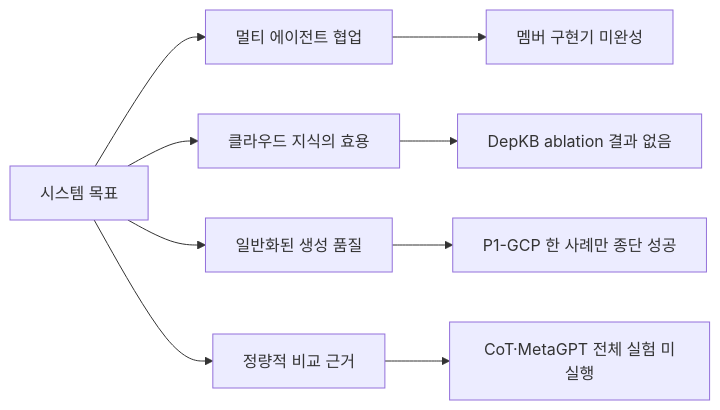
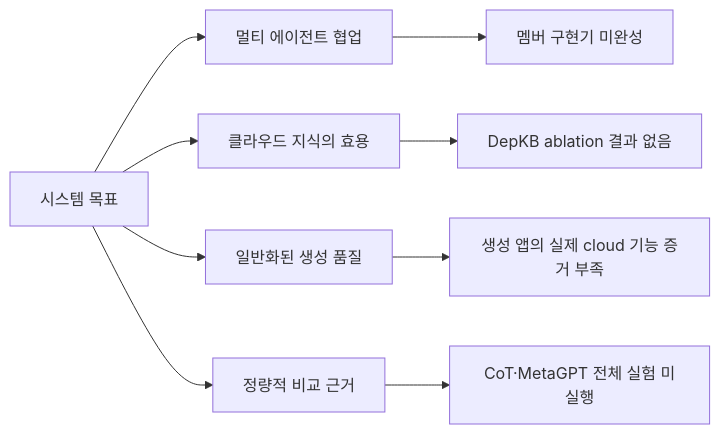
One commit to PNU-capstone-2026-17/easydep changed the third of 3 diagrams in docs/current-system-status.md. Above: the diagram before and after it, drawn with Mermaid. The commit also changed other lines of this file and 483 other files, not shown here.

````diff
--- a/docs/current-system-status.md
+++ b/docs/current-system-status.md
@@ -144,12 +144,12 @@
 ```mermaid
 flowchart LR
     G[시스템 목표] --> G1[멀티 에이전트 협업]
     G --> G2[클라우드 지식의 효용]
     G --> G3[일반화된 생성 품질]
     G --> G4[정량적 비교 근거]
 
     G1 --> X1[멤버 구현기 미완성]
     G2 --> X2[DepKB ablation 결과 없음]
-    G3 --> X3[P1-GCP 한 사례만 종단 성공]
+    G3 --> X3[생성 앱의 실제 cloud 기능 증거 부족]
     G4 --> X4[CoT·MetaGPT 전체 실험 미실행]
 ```
````
